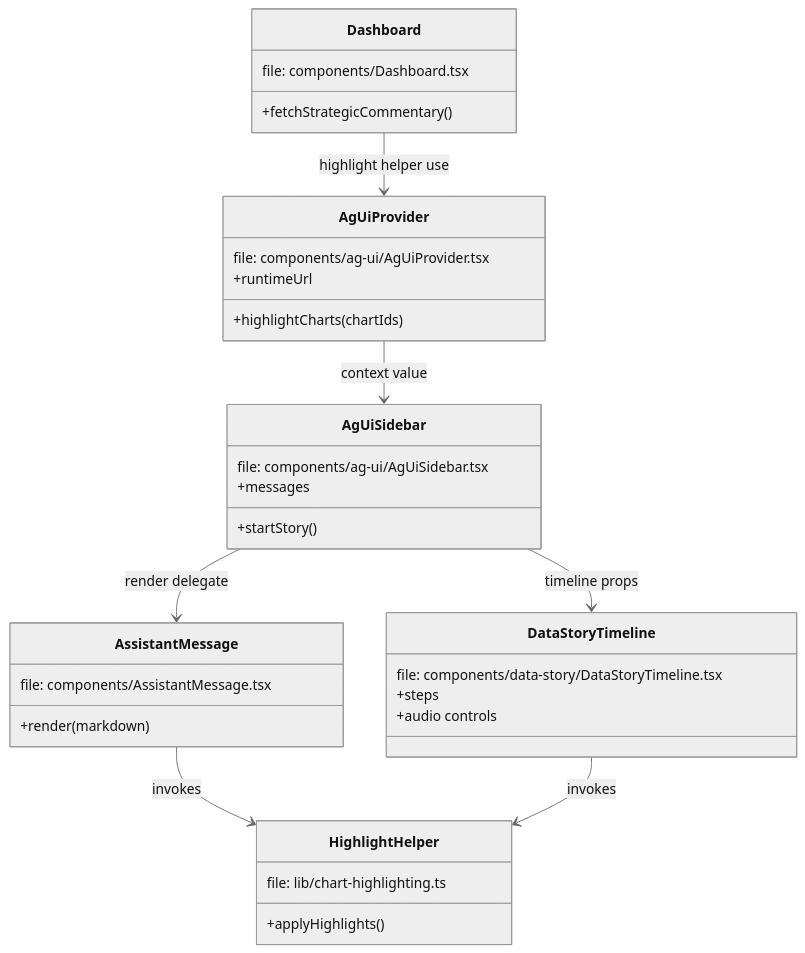
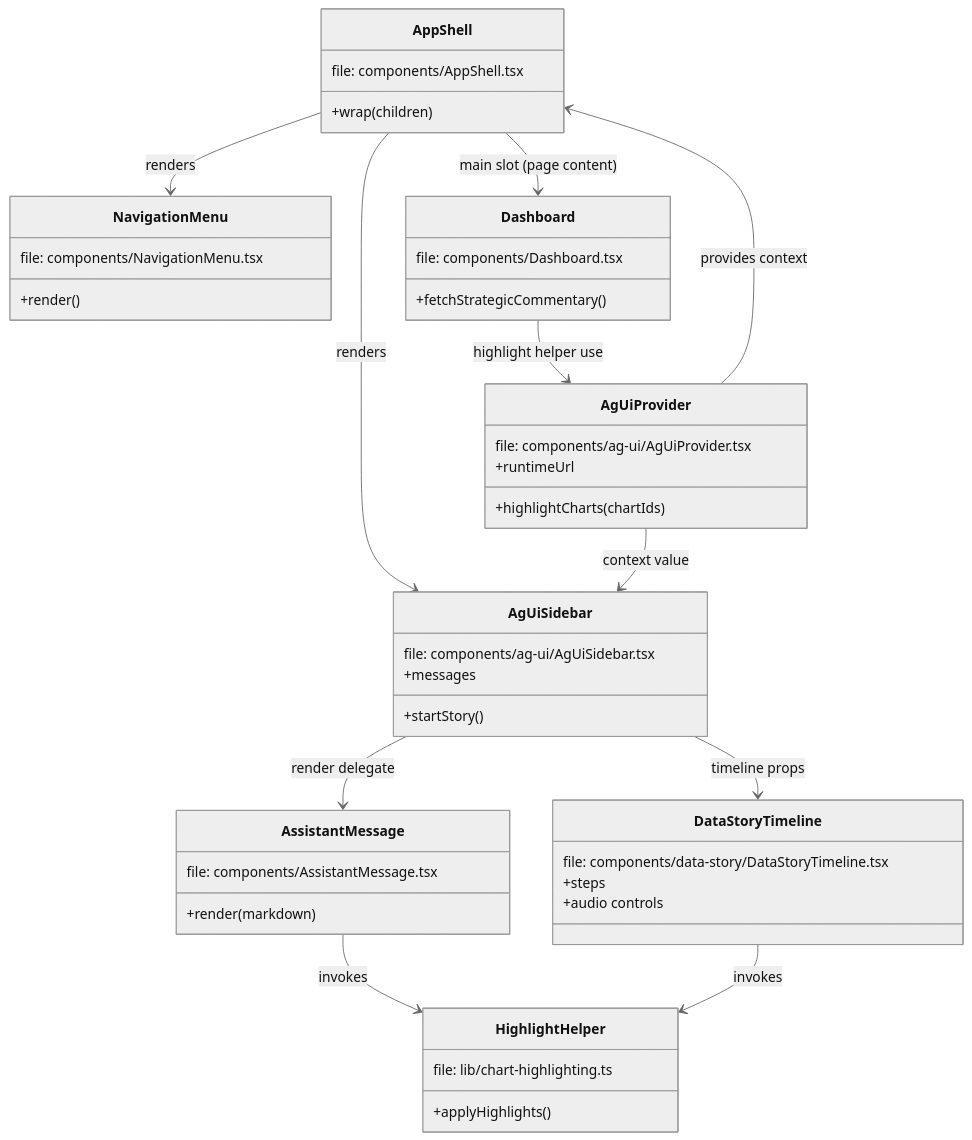
The first of 6 diagrams in examples/copilot-chat-with-your-data/frontend/design-specs/technical_design_spec.md (chris-han/CopilotKit), drawn with Mermaid (neutral theme) before and after one commit. The commit also changed other lines of this file and 10 other files, not shown here.

First line of the commit message:
feat(ui): integrate AppShell component for shared layout Refactor app structure to use AppShell as the unified layout wrapper, replacing direct child rendering in RootLayout. Includes breadcrumb navigation in Header and updates to align with responsive design.

````diff
--- a/examples/copilot-chat-with-your-data/frontend/design-specs/technical_design_spec.md
+++ b/examples/copilot-chat-with-your-data/frontend/design-specs/technical_design_spec.md
@@ -36,36 +38,48 @@
 ```mermaid
 classDiagram
+    class AppShell {
+        file: components/AppShell.tsx
+        +wrap(children)
+    }
+    class NavigationMenu {
+        file: components/NavigationMenu.tsx
+        +render()
+    }
     class AgUiProvider {
         file: components/ag-ui/AgUiProvider.tsx
         +runtimeUrl
         +highlightCharts(chartIds)
     }
     class AgUiSidebar {
         file: components/ag-ui/AgUiSidebar.tsx
         +messages
         +startStory()
     }
     class AssistantMessage {
         file: components/AssistantMessage.tsx
         +render(markdown)
     }
     class Dashboard {
         file: components/Dashboard.tsx
         +fetchStrategicCommentary()
     }
     class DataStoryTimeline {
         file: components/data-story/DataStoryTimeline.tsx
         +steps
         +audio controls
     }
     class HighlightHelper {
         file: lib/chart-highlighting.ts
         +applyHighlights()
     }
+    AgUiProvider --> AppShell : provides context
+    AppShell --> NavigationMenu : renders
+    AppShell --> AgUiSidebar : renders
+    AppShell --> Dashboard : main slot (page content)
     AgUiProvider --> AgUiSidebar : context value
     AgUiSidebar --> AssistantMessage : render delegate
     AgUiSidebar --> DataStoryTimeline : timeline props
     AssistantMessage --> HighlightHelper : invokes
     DataStoryTimeline --> HighlightHelper : invokes
     Dashboard --> AgUiProvider : highlight helper use
 ```
````
